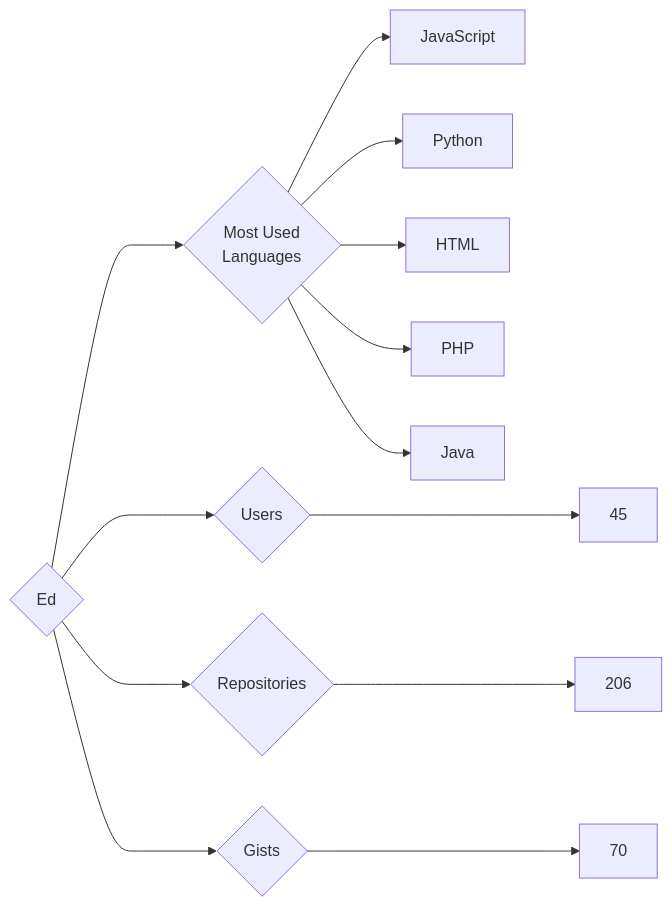
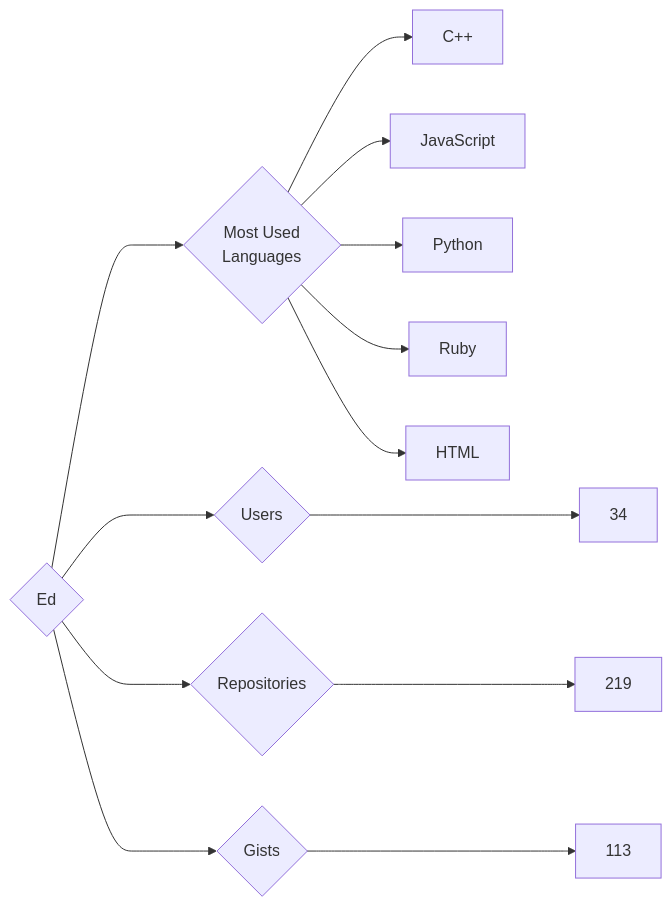
Before and after one commit to trickest/insiders: the diagram in targets/Ed/README.md, drawn with Mermaid. The commit also changed 951 other files, not shown here.

````diff
--- a/targets/Ed/README.md
+++ b/targets/Ed/README.md
@@ -3,13 +3,13 @@
 ```mermaid
 graph LR
 COMPANY_NAME{Ed}
-COMPANY_NAME ---> U{Users} ---> UN[45]
-COMPANY_NAME ---> R{Repositories} ---> RN[206]
-COMPANY_NAME ---> G{Gists} ---> GN[70]
+COMPANY_NAME ---> U{Users} ---> UN[34]
+COMPANY_NAME ---> R{Repositories} ---> RN[219]
+COMPANY_NAME ---> G{Gists} ---> GN[113]
 COMPANY_NAME ---> ML{Most Used<br>Languages}
+ML --> C++[C++]
 ML --> JavaScript[JavaScript]
 ML --> Python[Python]
+ML --> Ruby[Ruby]
 ML --> HTML[HTML]
-ML --> PHP[PHP]
-ML --> Java[Java]
 ```
````
